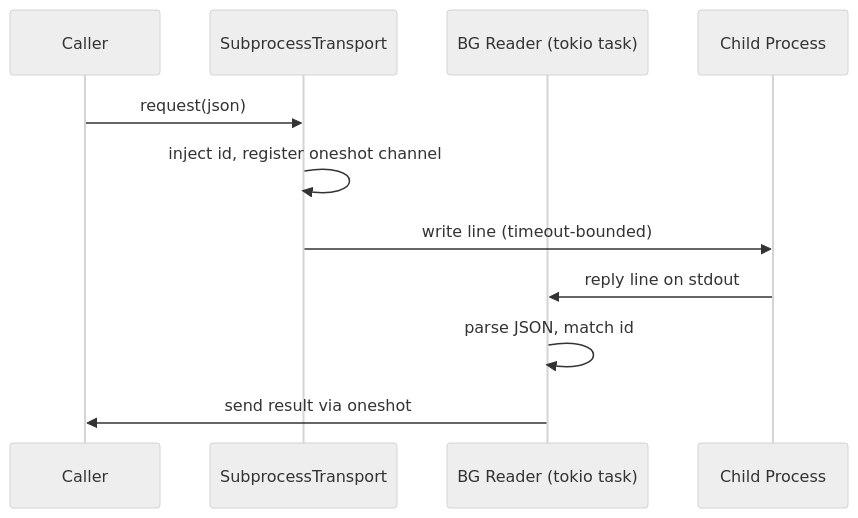
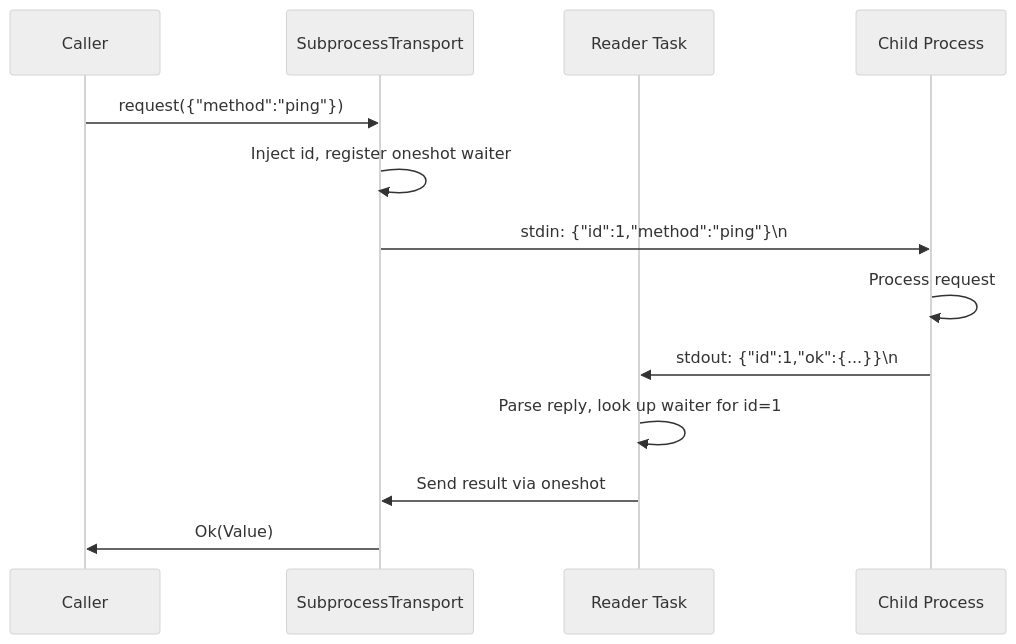
One commit to leszek3737/librefang-WIki changed the diagram in infrastructure-libraries-librefang-subprocess-src.md. Above: the diagram before and after it, drawn with Mermaid (neutral theme). The commit also changed other lines of this file and 122 other files, not shown here.

````diff
--- a/infrastructure-libraries-librefang-subprocess-src.md
+++ b/infrastructure-libraries-librefang-subprocess-src.md
@@ -35,14 +32,16 @@
 ```mermaid
 sequenceDiagram
-    participant Caller
-    participant SubprocessTransport
-    participant BG Reader (tokio task)
-    participant Child Process
+    participant C as Caller
+    participant ST as SubprocessTransport
+    participant BG as Reader Task
+    participant CH as Child Process
 
-    Caller->>SubprocessTransport: request(json)
-    SubprocessTransport->>SubprocessTransport: inject id, register oneshot channel
-    SubprocessTransport->>Child Process: write line (timeout-bounded)
-    Child Process->>BG Reader (tokio task): reply line on stdout
-    BG Reader (tokio task)->>BG Reader (tokio task): parse JSON, match id
-    BG Reader (tokio task)->>Caller: send result via oneshot
+    C->>ST: request({"method":"ping"})
+    ST->>ST: Inject id, register oneshot waiter
+    ST->>CH: stdin: {"id":1,"method":"ping"}\n
+    CH->>CH: Process request
+    CH->>BG: stdout: {"id":1,"ok":{...}}\n
+    BG->>BG: Parse reply, look up waiter for id=1
+    BG->>ST: Send result via oneshot
+    ST->>C: Ok(Value)
 ```
````
